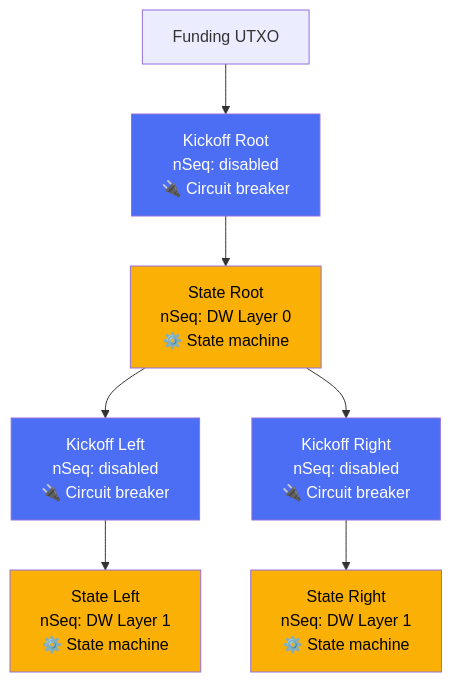
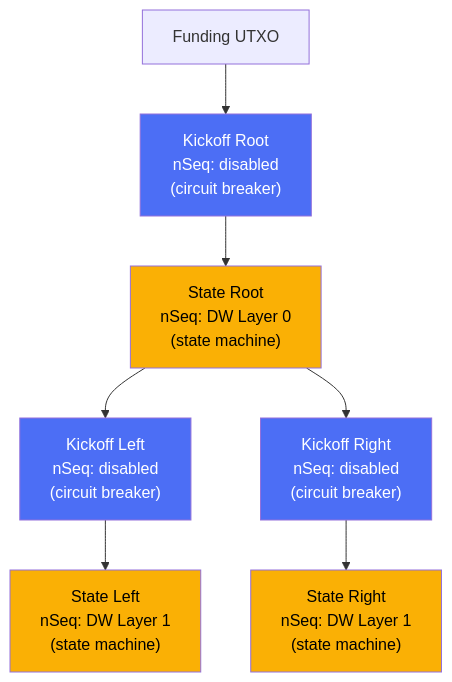
Before and after one commit to 8144225309/superscalar-docs: the first of 2 diagrams in core-concepts/kickoff-vs-state-nodes.md, drawn with Mermaid. The commit also changed other lines of this file and 31 other files, not shown here.

````diff
--- a/core-concepts/kickoff-vs-state-nodes.md
+++ b/core-concepts/kickoff-vs-state-nodes.md
@@ -14,16 +14,16 @@
 ```mermaid
 graph TD
-    F["Funding UTXO"] --> K0["Kickoff Root<br/>nSeq: disabled<br/>🔌 Circuit breaker"]
-    K0 --> S0["State Root<br/>nSeq: DW Layer 0<br/>⚙️ State machine"]
-    S0 --> K1L["Kickoff Left<br/>nSeq: disabled<br/>🔌 Circuit breaker"]
-    S0 --> K1R["Kickoff Right<br/>nSeq: disabled<br/>🔌 Circuit breaker"]
-    K1L --> S1L["State Left<br/>nSeq: DW Layer 1<br/>⚙️ State machine"]
-    K1R --> S1R["State Right<br/>nSeq: DW Layer 1<br/>⚙️ State machine"]
+    F["Funding UTXO"] --> K0["Kickoff Root<br/>nSeq: disabled<br/>(circuit breaker)"]
+    K0 --> S0["State Root<br/>nSeq: DW Layer 0<br/>(state machine)"]
+    S0 --> K1L["Kickoff Left<br/>nSeq: disabled<br/>(circuit breaker)"]
+    S0 --> K1R["Kickoff Right<br/>nSeq: disabled<br/>(circuit breaker)"]
+    K1L --> S1L["State Left<br/>nSeq: DW Layer 1<br/>(state machine)"]
+    K1R --> S1R["State Right<br/>nSeq: DW Layer 1<br/>(state machine)"]
 
     style K0 fill:#4c6ef5,color:#fff
     style S0 fill:#fab005,color:#000
     style K1L fill:#4c6ef5,color:#fff
     style K1R fill:#4c6ef5,color:#fff
     style S1L fill:#fab005,color:#000
     style S1R fill:#fab005,color:#000
 ```
````
